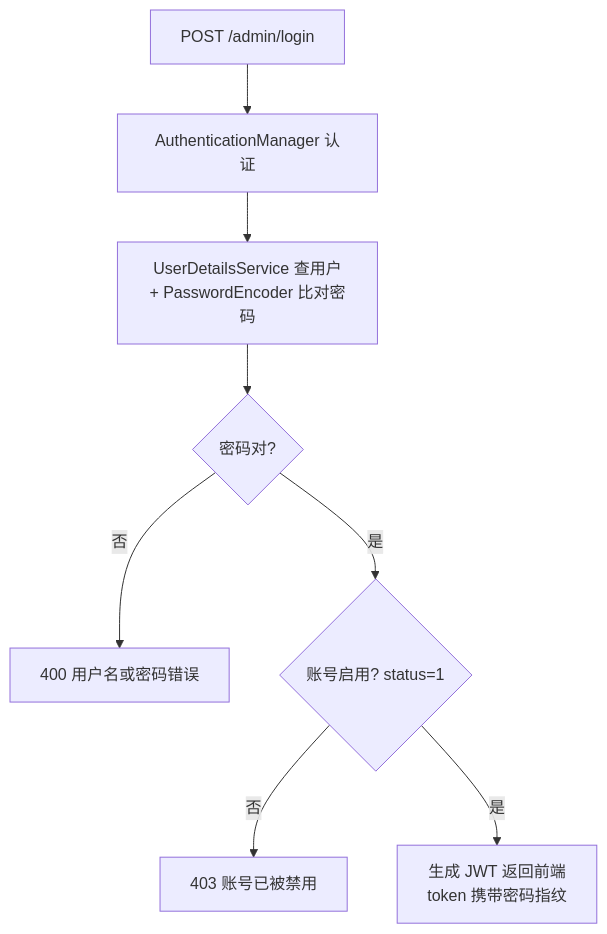
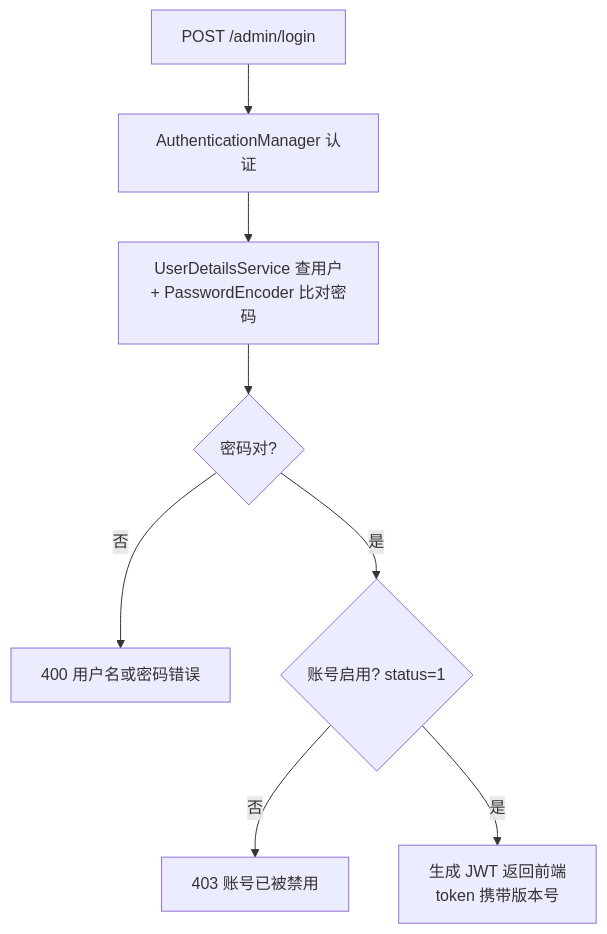
Before and after one commit to jun2333/knowledge: the second of 3 diagrams in docs/java-practice/mall-design/01-permission-design.md, drawn with Mermaid. The commit also changed other lines of this file and 14 other files, not shown here.

````diff
--- a/docs/java-practice/mall-design/01-permission-design.md
+++ b/docs/java-practice/mall-design/01-permission-design.md
@@ -52,10 +52,10 @@
 ```mermaid
 flowchart TD
     A[POST /admin/login] --> B[AuthenticationManager 认证]
     B --> C[UserDetailsService 查用户<br/>+ PasswordEncoder 比对密码]
     C --> D{密码对?}
     D -->|否| E[400 用户名或密码错误]
     D -->|是| F{账号启用? status=1}
     F -->|否| G[403 账号已被禁用]
-    F -->|是| H[生成 JWT 返回前端<br/>token 携带密码指纹]
+    F -->|是| H[生成 JWT 返回前端<br/>token 携带版本号]
 ```
````
